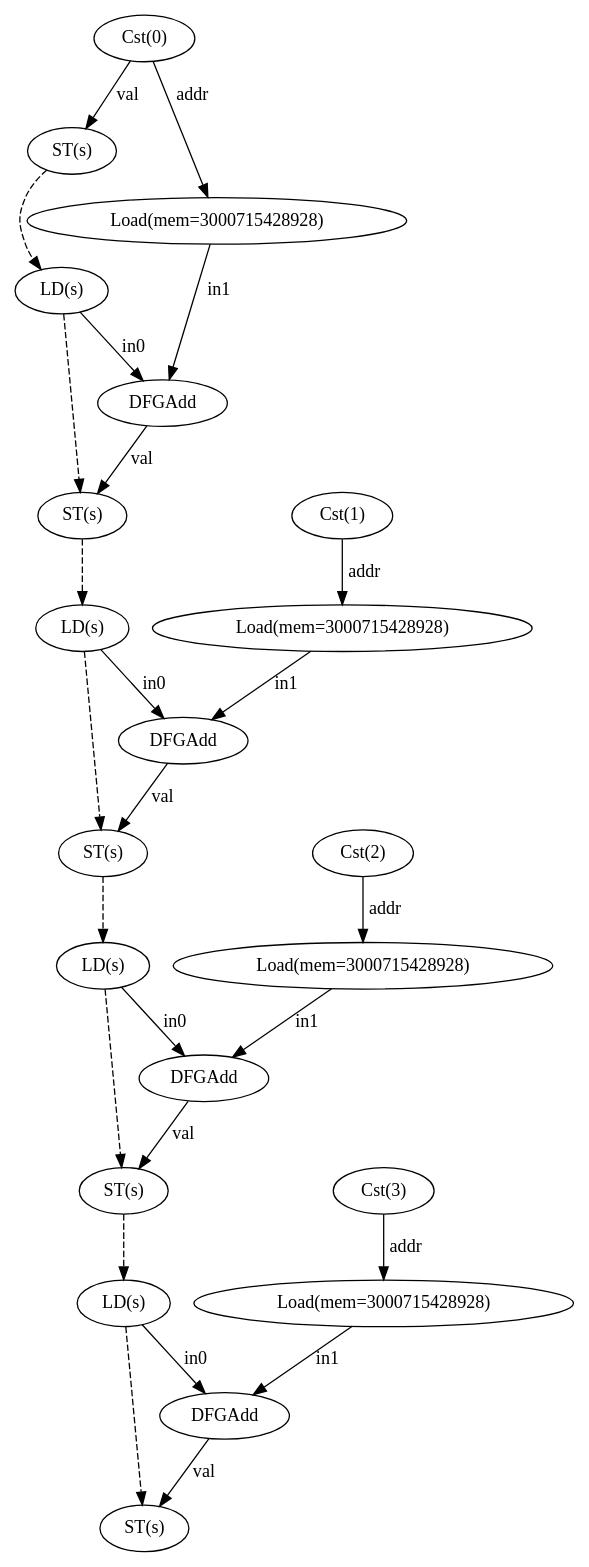
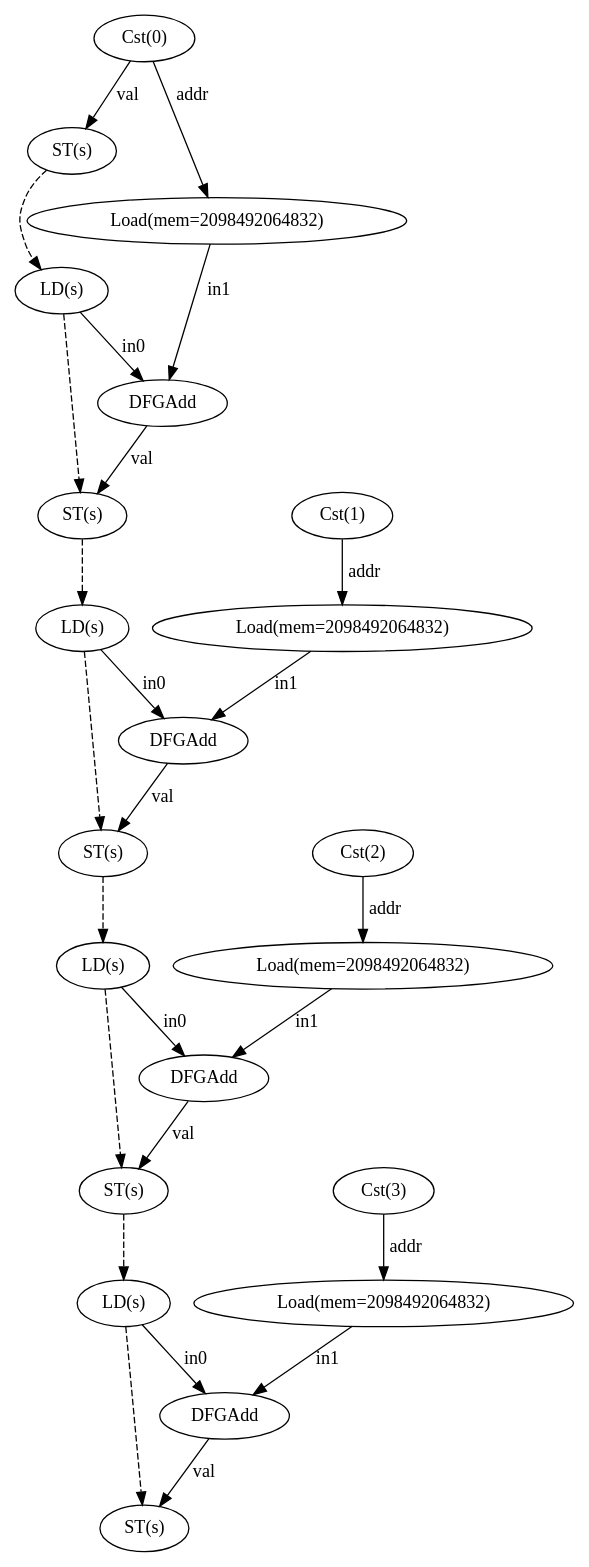
Before and after one commit to ma-carrillo/High-level-synthesis-assignment: the diagram in test12/dfg.dot, drawn with Graphviz. The commit also changed 16 other files, not shown here.

```diff
--- a/test12/dfg.dot
+++ b/test12/dfg.dot
@@ -1,48 +1,48 @@
 digraph "dfg" {
   n0 [label="Cst(0)"];
   n1 [label="ST(s)"];
   n2 [label="LD(s)"];
-  n3 [label="Load(mem=3000715428928)"];
+  n3 [label="Load(mem=2098492064832)"];
   n4 [label="DFGAdd"];
   n5 [label="ST(s)"];
   n6 [label="LD(s)"];
   n7 [label="Cst(1)"];
-  n8 [label="Load(mem=3000715428928)"];
+  n8 [label="Load(mem=2098492064832)"];
   n9 [label="DFGAdd"];
   n10 [label="ST(s)"];
   n11 [label="LD(s)"];
   n12 [label="Cst(2)"];
-  n13 [label="Load(mem=3000715428928)"];
+  n13 [label="Load(mem=2098492064832)"];
   n14 [label="DFGAdd"];
   n15 [label="ST(s)"];
   n16 [label="LD(s)"];
   n17 [label="Cst(3)"];
-  n18 [label="Load(mem=3000715428928)"];
+  n18 [label="Load(mem=2098492064832)"];
   n19 [label="DFGAdd"];
   n20 [label="ST(s)"];
   n0 -> n1 [label="val"];
   n0 -> n3 [label="addr"];
   n1 -> n2 [style="dashed"];
   n2 -> n4 [label="in0"];
   n2 -> n5 [style="dashed"];
   n3 -> n4 [label="in1"];
   n4 -> n5 [label="val"];
   n5 -> n6 [style="dashed"];
   n6 -> n9 [label="in0"];
   n6 -> n10 [style="dashed"];
   n7 -> n8 [label="addr"];
   n8 -> n9 [label="in1"];
   n9 -> n10 [label="val"];
   n10 -> n11 [style="dashed"];
   n11 -> n14 [label="in0"];
   n11 -> n15 [style="dashed"];
   n12 -> n13 [label="addr"];
   n13 -> n14 [label="in1"];
   n14 -> n15 [label="val"];
   n15 -> n16 [style="dashed"];
   n16 -> n19 [label="in0"];
   n16 -> n20 [style="dashed"];
   n17 -> n18 [label="addr"];
   n18 -> n19 [label="in1"];
   n19 -> n20 [label="val"];
 }
```
